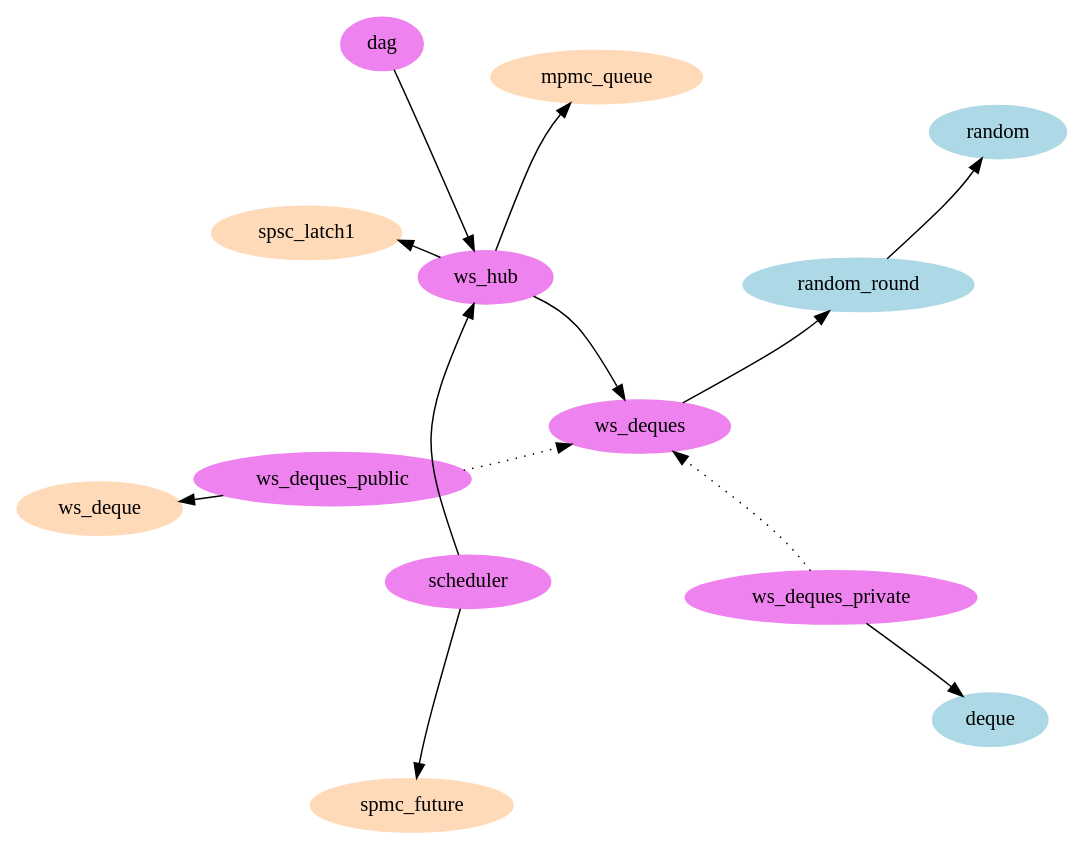
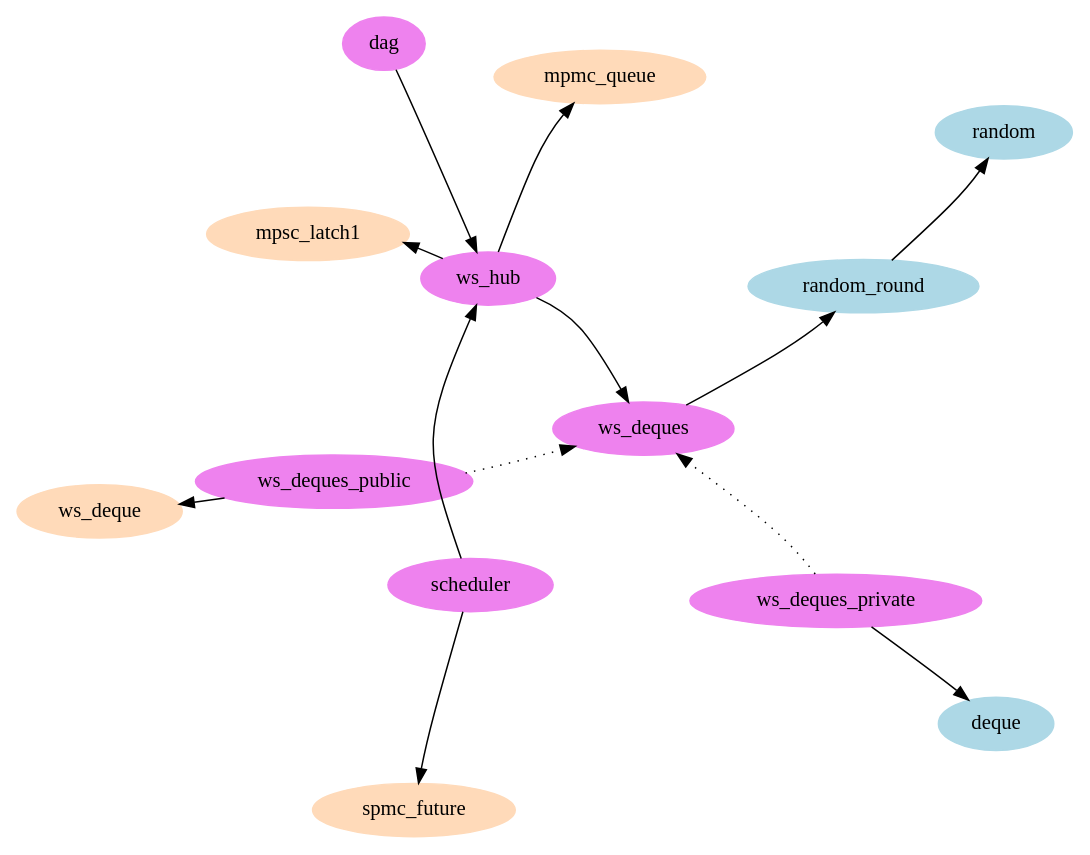
One commit to clef-men/zoo changed the diagram in doc/scheduling.dot. Above: the diagram before and after it, drawn with Graphviz. The commit also changed 2 other files, not shown here.

Commit message:
Replace saturn/spsc_latch1 by saturn/mpsc_latch1 in scheduling/ws_hub to bring it closer to the original Domainslib implementation.

```diff
--- a/doc/scheduling.dot
+++ b/doc/scheduling.dot
@@ -1,64 +1,64 @@
 digraph {
 	layout=sfdp
 	overlap=false
 	splines=curved
 
 	subgraph cluster_std {
 		label="std"
 		node [style=filled, color=lightblue]
 		/* array [label="array"] */
 		random [label="random"]
 		random_round [label="random_round"]
 		deque [label="deque"]
 		/* mutex [label="mutex"] */
 		/* condition [label="condition"] */
 	}
 
 	subgraph cluster_saturn {
 		label="saturn"
 		node [style=filled, color=peachpuff]
-		spsc_latch1 [label="spsc_latch1"]
+		mpsc_latch1 [label="mpsc_latch1"]
 		spmc_future [label="spmc_future"]
 		mpmc_queue [label="mpmc_queue"]
 		ws_deque [label="ws_deque"]
 	}
 
 	subgraph cluster_scheduling {
 		label="scheduling"
 		node [style=filled, color=violet]
 		ws_deques [label="ws_deques"]
 		ws_deques_public [label="ws_deques_public"]
 		ws_deques_private [label="ws_deques_private"]
 		ws_hub [label="ws_hub"]
 		scheduler [label="scheduler"]
 		dag [label="dag"]
 	}
 
 	random_round -> random
 	/* random_round -> array */
 
-	/* spsc_latch1 -> mutex */
-	/* spsc_latch1 -> condition */
+	/* mpsc_latch1 -> mutex */
+	/* mpsc_latch1 -> condition */
 
 	/* spmc_future -> mutex */
 	/* spmc_future -> condition */
 
 	/* ws_deques_public -> array */
 	ws_deques_public -> ws_deque
 	ws_deques_public -> ws_deques [style=dotted]
 
 	/* ws_deques_private -> array */
 	ws_deques_private -> deque
 	ws_deques_private -> ws_deques [style=dotted]
 
 	ws_deques -> random_round
 
 	ws_hub -> mpmc_queue
-	ws_hub -> spsc_latch1
+	ws_hub -> mpsc_latch1
 	ws_hub -> ws_deques
 
 	scheduler -> spmc_future
 	scheduler -> ws_hub
 
 	dag -> ws_hub
 }
```
